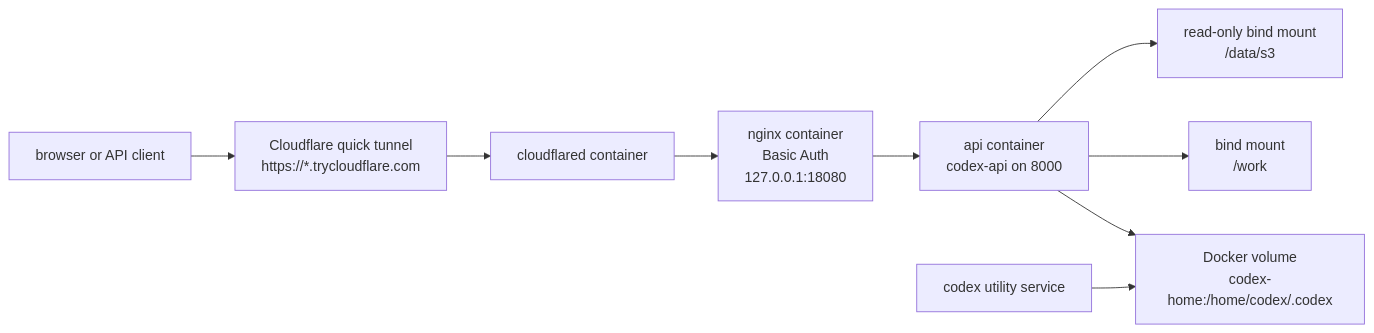
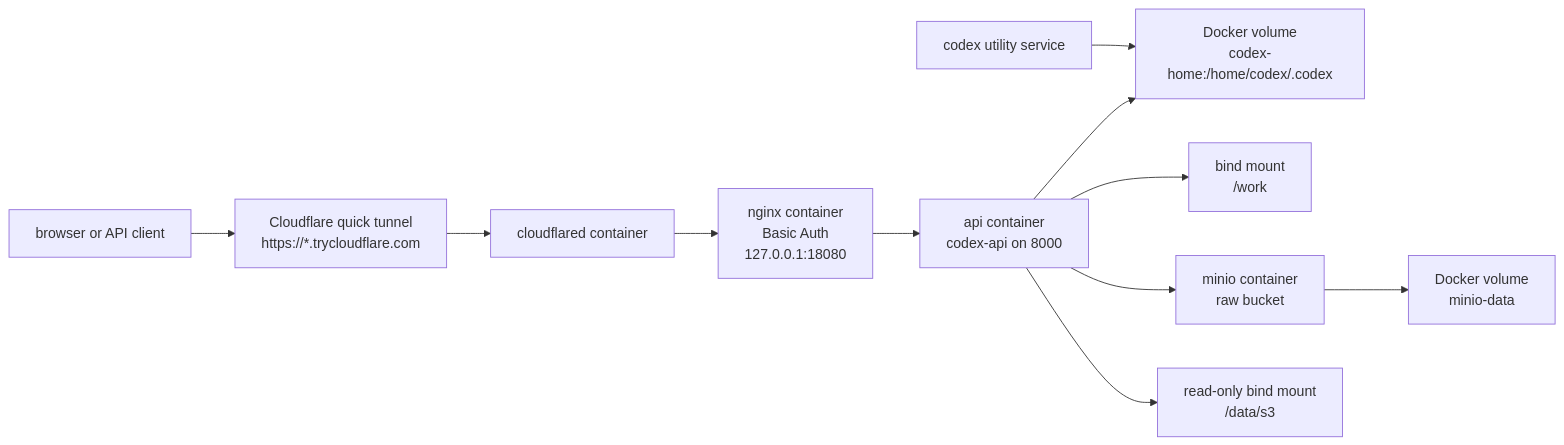
The fourth of 5 diagrams in docs/CICD.md (Mabaragi/codex-youtube-pipeline), drawn with Mermaid before and after one commit. The commit also changed other lines of this file and 20 other files, not shown here.

````diff
--- a/docs/CICD.md
+++ b/docs/CICD.md
@@ -127,12 +127,14 @@
 ```mermaid
 flowchart LR
     Client["browser or API client"] --> Tunnel["Cloudflare quick tunnel<br/>https://*.trycloudflare.com"]
     Tunnel --> Cloudflared["cloudflared container"]
     Cloudflared --> Nginx["nginx container<br/>Basic Auth<br/>127.0.0.1:18080"]
     Nginx --> API["api container<br/>codex-api on 8000"]
 
     API --> CodexVolume["Docker volume<br/>codex-home:/home/codex/.codex"]
     CodexTool["codex utility service"] --> CodexVolume
     API --> WorkBind["bind mount<br/>/work"]
+    API --> MinIO["minio container<br/>raw bucket"]
+    MinIO --> MinioVolume["Docker volume<br/>minio-data"]
     API --> S3Bind["read-only bind mount<br/>/data/s3"]
 ```
````
